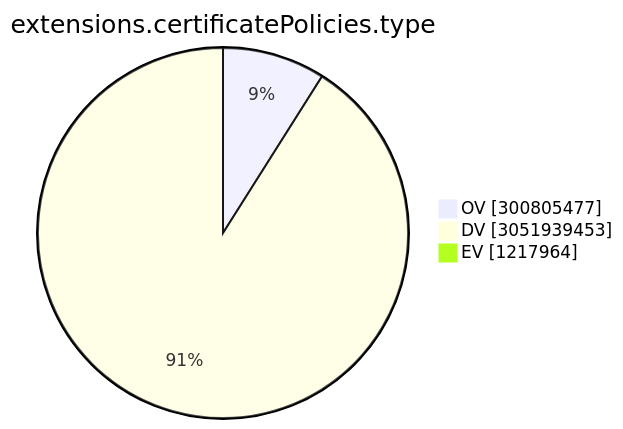
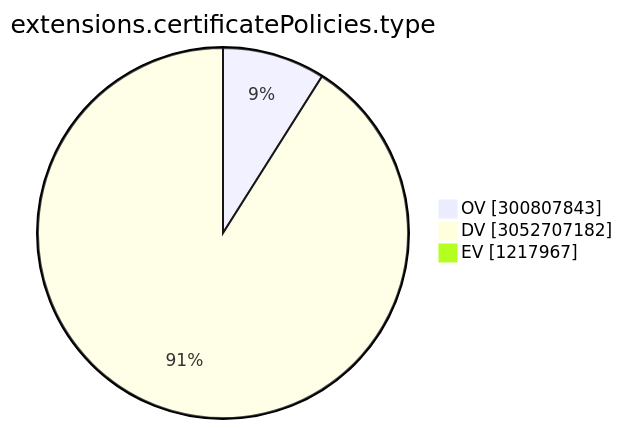
Before and after one commit to christiankrug/ctmonitor_visualization: the ninth of 15 diagrams in TOTAL/README.md, drawn with Mermaid. The commit also changed other lines of this file, not shown here.

````diff
--- a/TOTAL/README.md
+++ b/TOTAL/README.md
@@ -3102,7 +3102,7 @@
 ```mermaid
 pie showData
 title extensions.certificatePolicies.type
-"OV" :300805477
-"DV" :3051939453
-"EV" :1217964
+"OV" :300807843
+"DV" :3052707182
+"EV" :1217967
 ```
````
